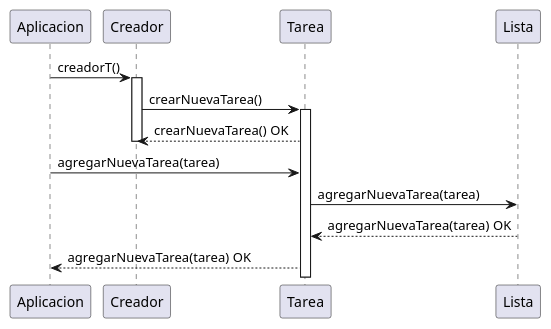
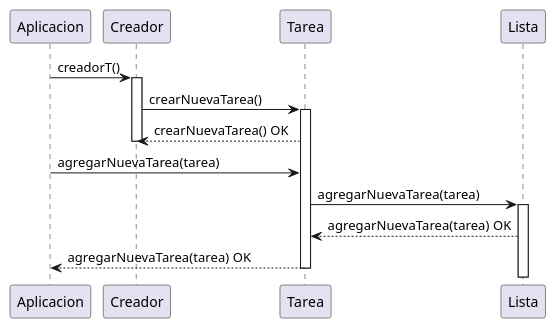
Before and after one commit to LucasFrey-tech/TODO-LIST: the diagram in Diagram/diagramaSecuencia.puml, drawn with PlantUML.

Commit message:
cambioDiagramaSecuencia

```diff
--- a/Diagram/diagramaSecuencia.puml
+++ b/Diagram/diagramaSecuencia.puml
@@ -1,28 +1,29 @@
 @startuml Diagrama Secuencia
 
  Aplicacion -> Creador: creadorT()
 activate Creador
 
  Creador -> Tarea: crearNuevaTarea()
 activate Tarea
 
  Creador <-- Tarea: crearNuevaTarea() OK
 deactivate Creador
 
 
  Aplicacion -> Tarea: agregarNuevaTarea(tarea)
  Tarea -> Lista: agregarNuevaTarea(tarea)
+activate Lista
  Tarea <-- Lista: agregarNuevaTarea(tarea) OK
  Aplicacion <-- Tarea: agregarNuevaTarea(tarea) OK
-
+deactivate Tarea
 
 
 
 
 
 
 
 
 
 
 @enduml
```
